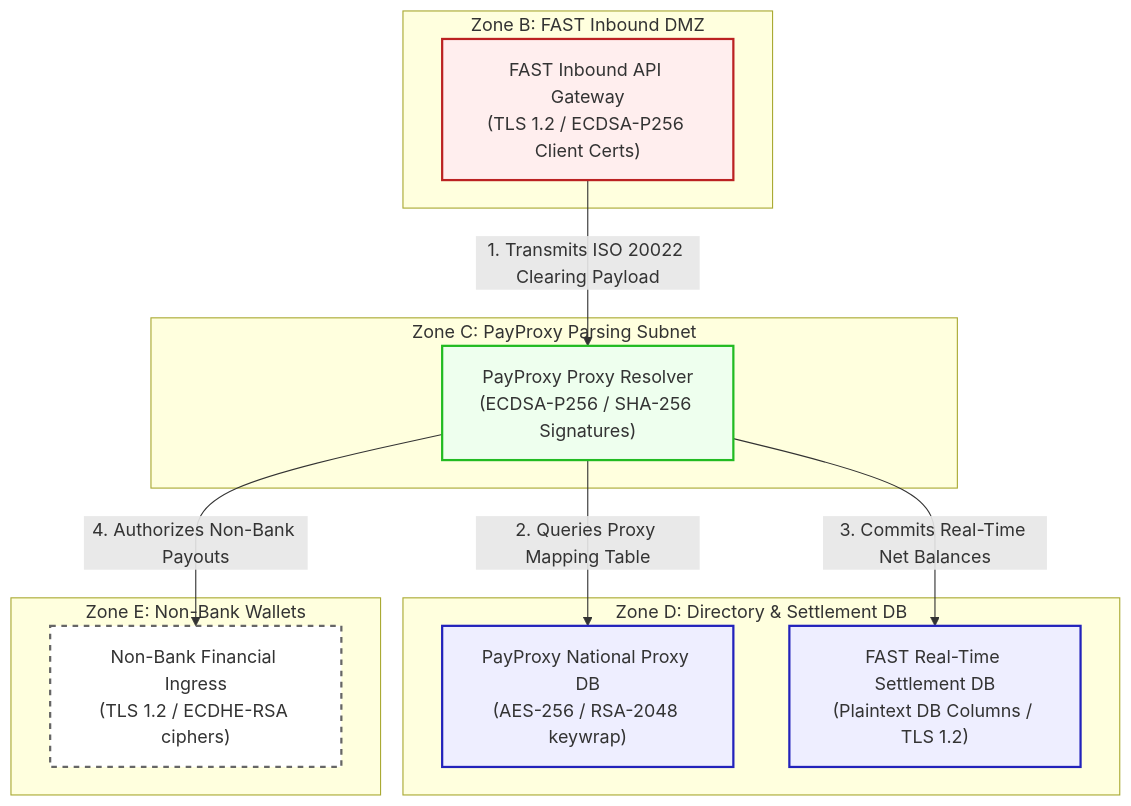
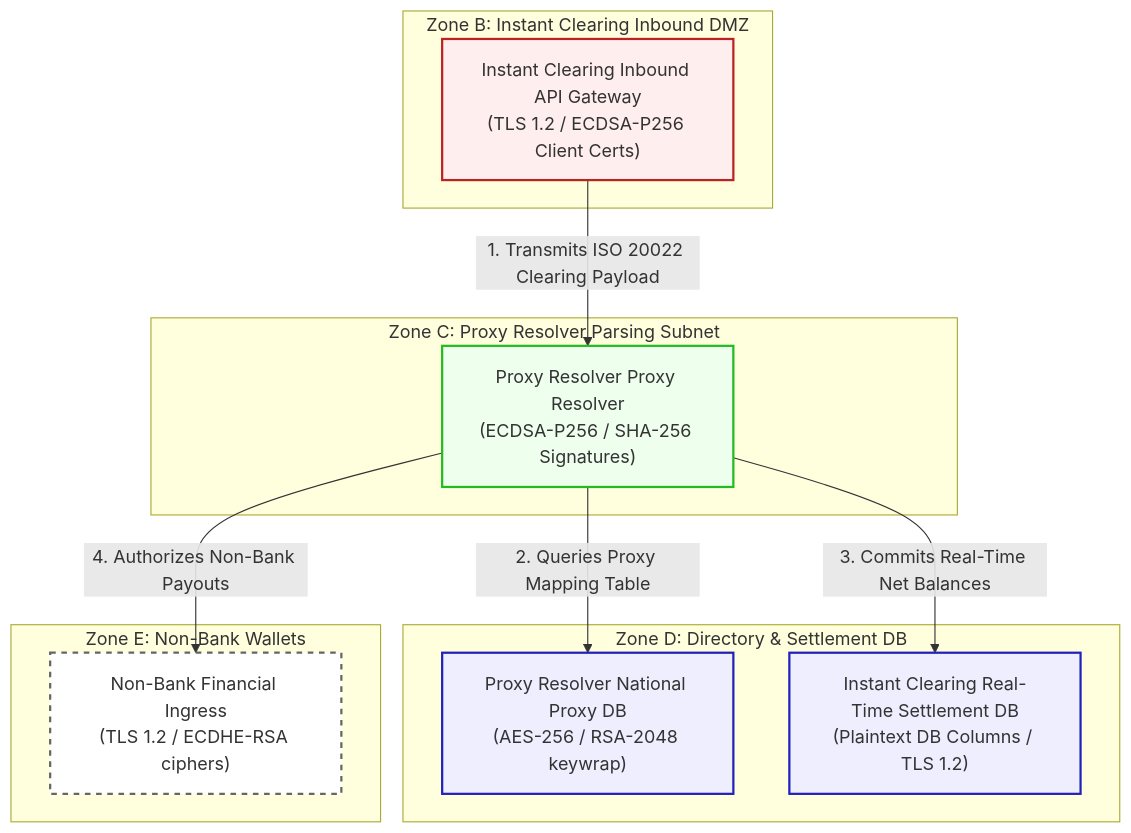
Before and after one commit to justinwkUKM/AETHER-PQC: the diagram in sample_artifacts/scenarios/18-instant-proxy-clearing/architecture.md, drawn with Mermaid. The commit also changed other lines of this file and 187 other files, not shown here.

````diff
--- a/sample_artifacts/scenarios/18-instant-proxy-clearing/architecture.md
+++ b/sample_artifacts/scenarios/18-instant-proxy-clearing/architecture.md
@@ -22,38 +22,38 @@
 ```mermaid
 graph TD
-  subgraph Zone_B_FAST ["Zone B: FAST Inbound DMZ"]
-    N1["FAST Inbound API Gateway<br/>(TLS 1.2 / ECDSA-P256 Client Certs)"]
+  subgraph Zone_B_Instant Clearing ["Zone B: Instant Clearing Inbound DMZ"]
+    N1["Instant Clearing Inbound API Gateway<br/>(TLS 1.2 / ECDSA-P256 Client Certs)"]
   end
 
-  subgraph Zone_C_Parsing ["Zone C: PayProxy Parsing Subnet"]
-    N2["PayProxy Proxy Resolver<br/>(ECDSA-P256 / SHA-256 Signatures)"]
+  subgraph Zone_C_Parsing ["Zone C: Proxy Resolver Parsing Subnet"]
+    N2["Proxy Resolver Proxy Resolver<br/>(ECDSA-P256 / SHA-256 Signatures)"]
   end
 
   subgraph Zone_D_Data ["Zone D: Directory & Settlement DB"]
-    N3["PayProxy National Proxy DB<br/>(AES-256 / RSA-2048 keywrap)"]
-    N4["FAST Real-Time Settlement DB<br/>(Plaintext DB Columns / TLS 1.2)"]
+    N3["Proxy Resolver National Proxy DB<br/>(AES-256 / RSA-2048 keywrap)"]
+    N4["Instant Clearing Real-Time Settlement DB<br/>(Plaintext DB Columns / TLS 1.2)"]
   end
 
   subgraph Zone_E_Wallets ["Zone E: Non-Bank Wallets"]
     N5["Non-Bank Financial Ingress<br/>(TLS 1.2 / ECDHE-RSA ciphers)"]
   end
 
   %% Flow Connections %%
   N1 -->|1. Transmits ISO 20022 Clearing Payload| N2
   N2 -->|2. Queries Proxy Mapping Table| N3
   N2 -->|3. Commits Real-Time Net Balances| N4
   N2 -->|4. Authorizes Non-Bank Payouts| N5
 
   %% Styling %%
   classDef dmz fill:#fee,stroke:#b22,stroke-width:2px;
   classDef core fill:#efe,stroke:#2b2,stroke-width:2px;
   classDef enclave fill:#eef,stroke:#22b,stroke-width:2px;
   classDef archive fill:#fef,stroke:#b2b,stroke-width:2px;
   classDef ext fill:#fff,stroke:#666,stroke-width:2px,stroke-dasharray: 5 5;
 
   class N1 dmz;
   class N2 core;
   class N3 enclave;
   class N4 enclave;
   class N5 ext;
 ```
````
